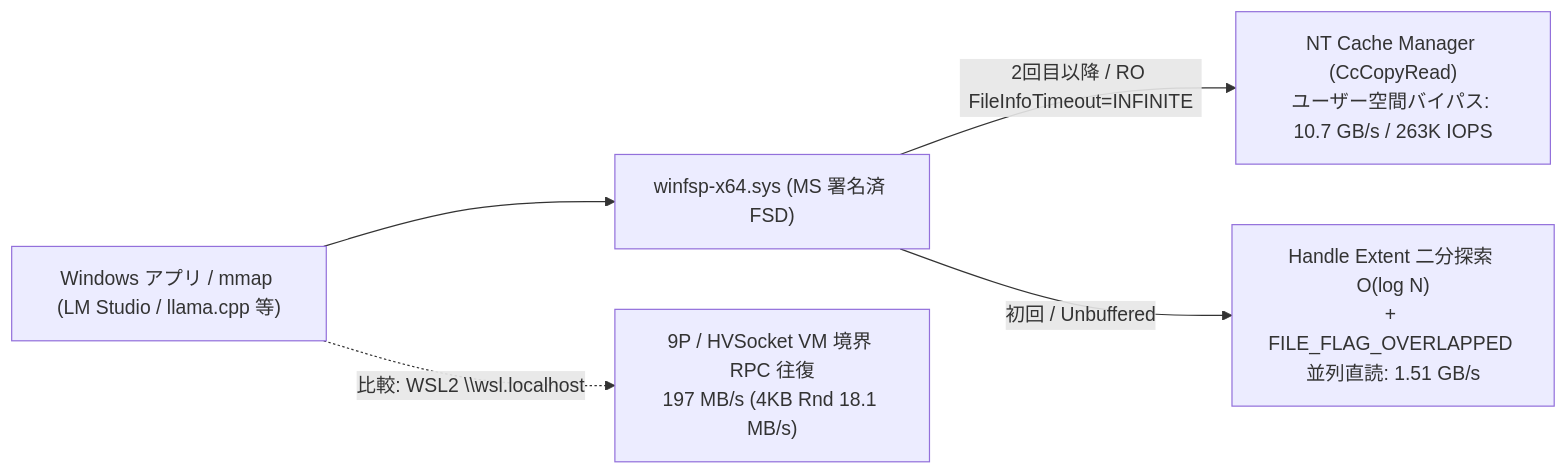
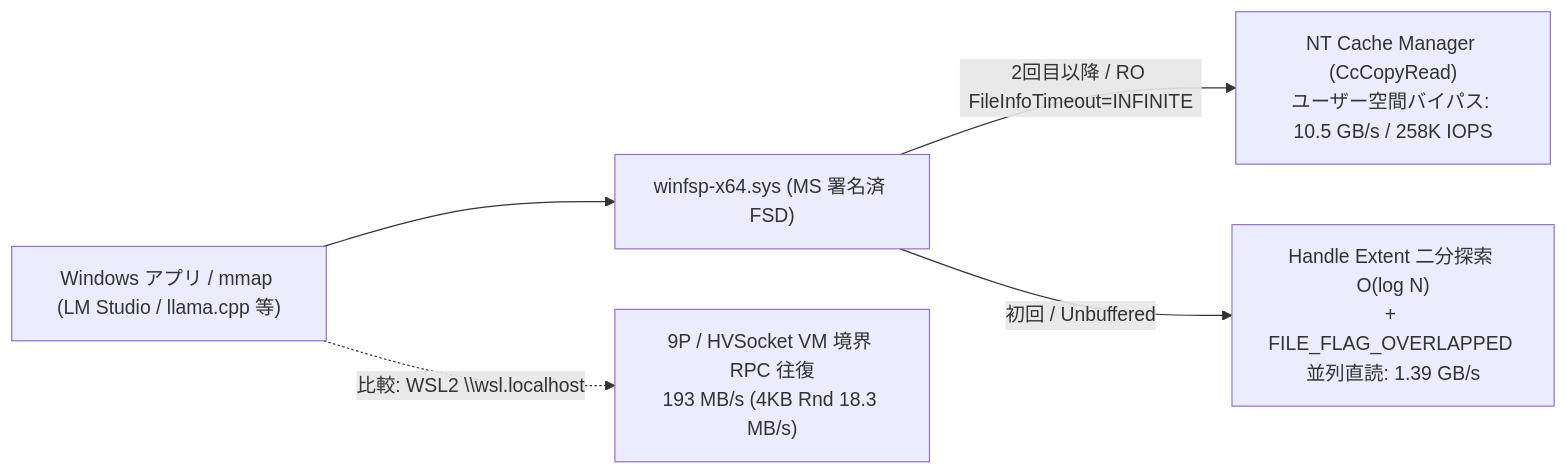
One commit to totatake/ZeroExt changed the diagram in README.ja.md. Above: the diagram before and after it, drawn with Mermaid. The commit also changed other lines of this file and 5 other files, not shown here.

````diff
--- a/README.ja.md
+++ b/README.ja.md
@@ -20,7 +20,7 @@
 ```mermaid
 flowchart LR
     App["Windows アプリ / mmap (LM Studio / llama.cpp 等)"] --> Sys["winfsp-x64.sys (MS 署名済 FSD)"]
-    Sys -->|"2回目以降 / RO FileInfoTimeout=INFINITE"| Hot["NT Cache Manager (CcCopyRead)\nユーザー空間バイパス: 10.7 GB/s / 263K IOPS"]
-    Sys -->|"初回 / Unbuffered"| Cold["Handle Extent 二分探索 O(log N)\n+ FILE_FLAG_OVERLAPPED 並列直読: 1.51 GB/s"]
-    App -.->|"比較: WSL2 \\wsl.localhost"| Slow["9P / HVSocket VM 境界 RPC 往復\n197 MB/s (4KB Rnd 18.1 MB/s)"]
+    Sys -->|"2回目以降 / RO FileInfoTimeout=INFINITE"| Hot["NT Cache Manager (CcCopyRead)\nユーザー空間バイパス: 10.5 GB/s / 258K IOPS"]
+    Sys -->|"初回 / Unbuffered"| Cold["Handle Extent 二分探索 O(log N)\n+ FILE_FLAG_OVERLAPPED 並列直読: 1.39 GB/s"]
+    App -.->|"比較: WSL2 \\wsl.localhost"| Slow["9P / HVSocket VM 境界 RPC 往復\n193 MB/s (4KB Rnd 18.3 MB/s)"]
 ```
````
